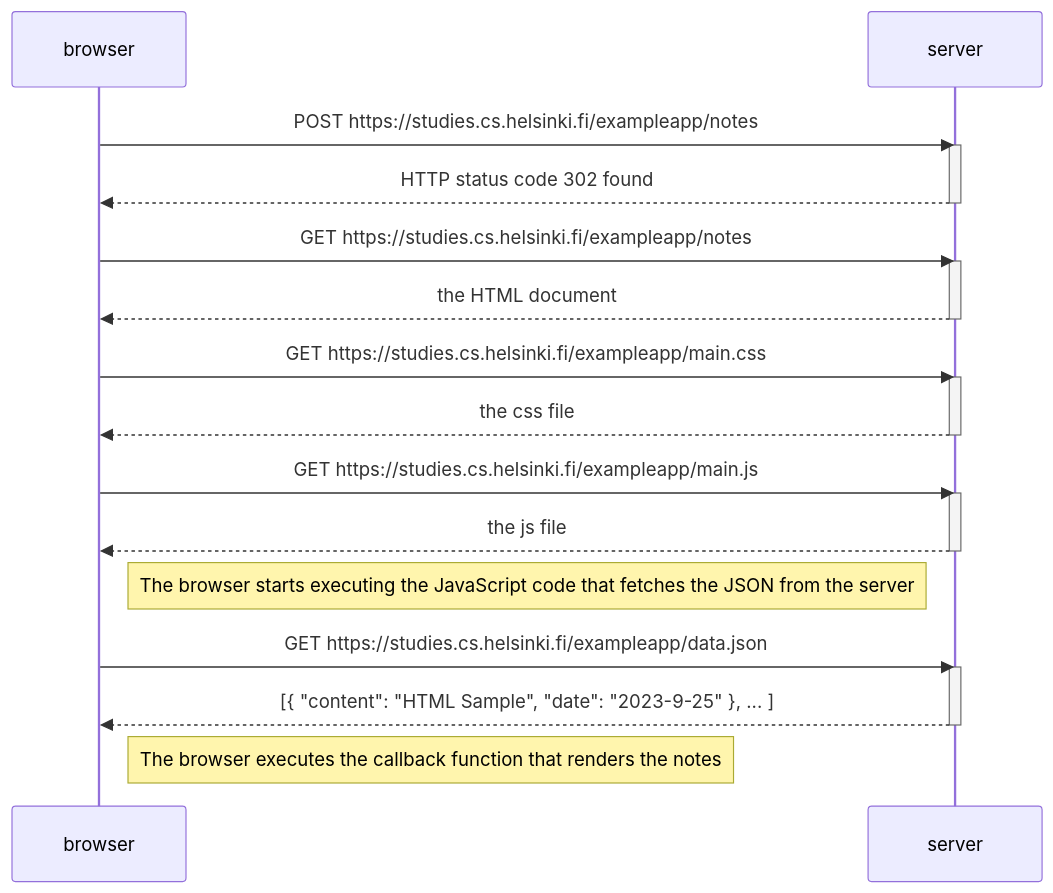
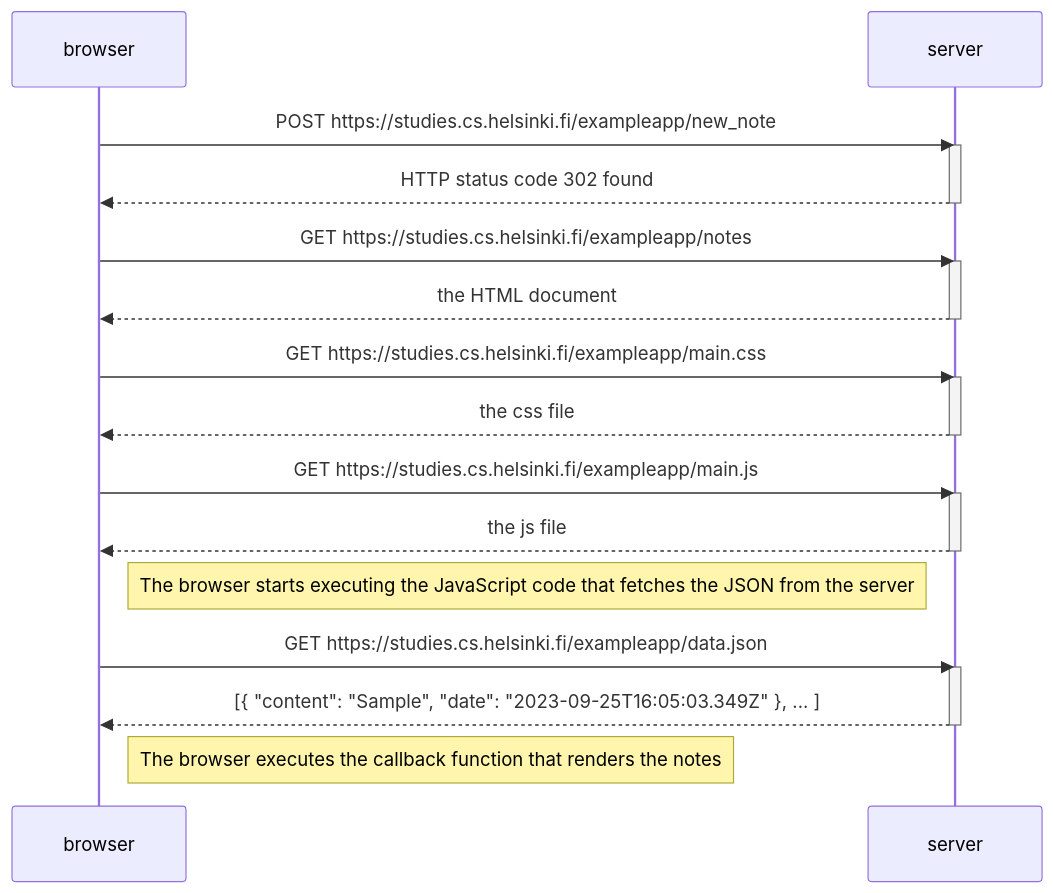
Before and after one commit to 2200032348/fullstackopen-2023: the diagram in part0/0.4-New note/Ex0.4.mmd, drawn with Mermaid.

```diff
--- a/part0/0.4-New note/Ex0.4.mmd
+++ b/part0/0.4-New note/Ex0.4.mmd
@@ -1,32 +1,32 @@
 sequenceDiagram
     participant browser
     participant server
 
-    browser->>server: POST https://studies.cs.helsinki.fi/exampleapp/notes
+    browser->>server: POST https://studies.cs.helsinki.fi/exampleapp/new_note
     activate server
     server-->>browser: HTTP status code 302 found
     deactivate server
 
     browser->>server: GET https://studies.cs.helsinki.fi/exampleapp/notes
     activate server
     server-->>browser: the HTML document
     deactivate server
 
     browser->>server: GET https://studies.cs.helsinki.fi/exampleapp/main.css
     activate server
     server-->>browser: the css file
     deactivate server
 
     browser->>server: GET https://studies.cs.helsinki.fi/exampleapp/main.js
     activate server
     server-->>browser: the js file
     deactivate server
 
     Note right of browser: The browser starts executing the JavaScript code that fetches the JSON from the server
 
     browser->>server: GET https://studies.cs.helsinki.fi/exampleapp/data.json
     activate server
-    server-->>browser: [{ "content": "HTML Sample", "date": "2023-9-25" }, ... ]
+    server-->>browser: [{ "content": "Sample", "date": "2023-09-25T16:05:03.349Z" }, ... ]
     deactivate server
 
     Note right of browser: The browser executes the callback function that renders the notes
```
